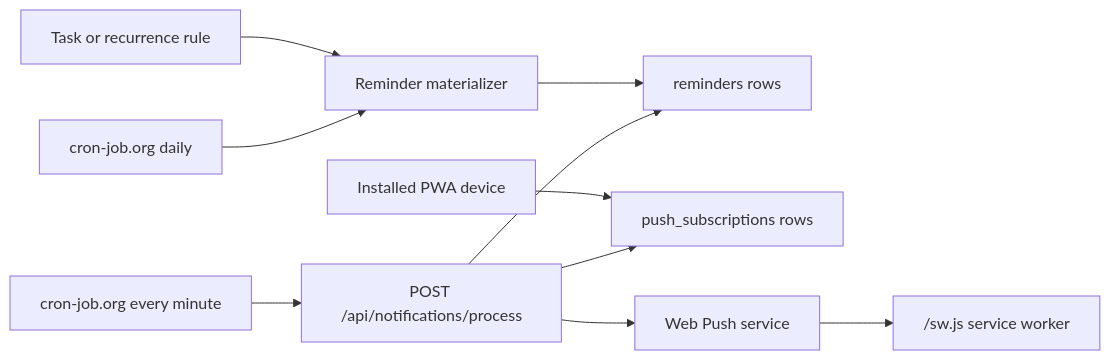
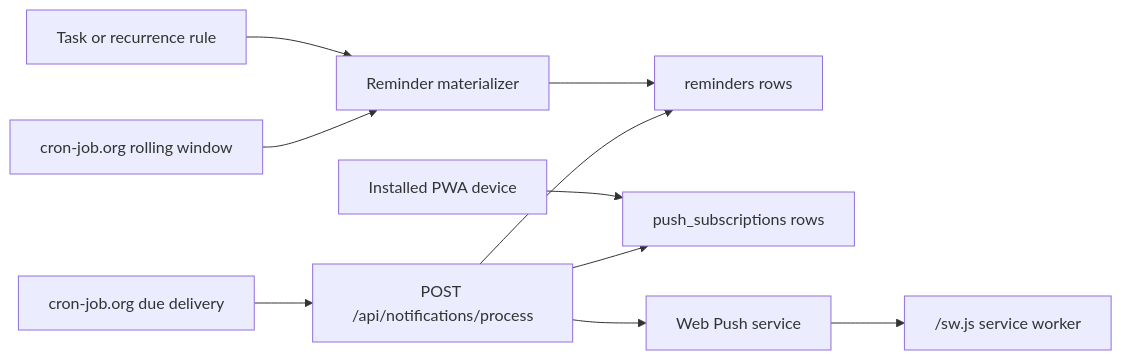
Before and after one commit to sameeradsv/circuit: the diagram in docs/notifications.md, drawn with Mermaid. The commit also changed other lines of this file and 8 other files, not shown here.

Commit message:
Decouple cron reminder delivery

````diff
--- a/docs/notifications.md
+++ b/docs/notifications.md
@@ -7,12 +7,12 @@
 ```mermaid
 flowchart LR
   Task["Task or recurrence rule"] --> Materializer["Reminder materializer"]
   Materializer --> Reminder["reminders rows"]
   Device["Installed PWA device"] --> Sub["push_subscriptions rows"]
-  ReminderCron["cron-job.org every minute"] --> Processor["POST /api/notifications/process"]
-  MaterializeCron["cron-job.org daily"] --> Materializer
+  ReminderMaterializeCron["cron-job.org rolling window"] --> Materializer
+  ReminderCron["cron-job.org due delivery"] --> Processor["POST /api/notifications/process"]
   Processor --> Reminder
   Processor --> Sub
   Processor --> Push["Web Push service"]
   Push --> SW["/sw.js service worker"]
 ```
````
